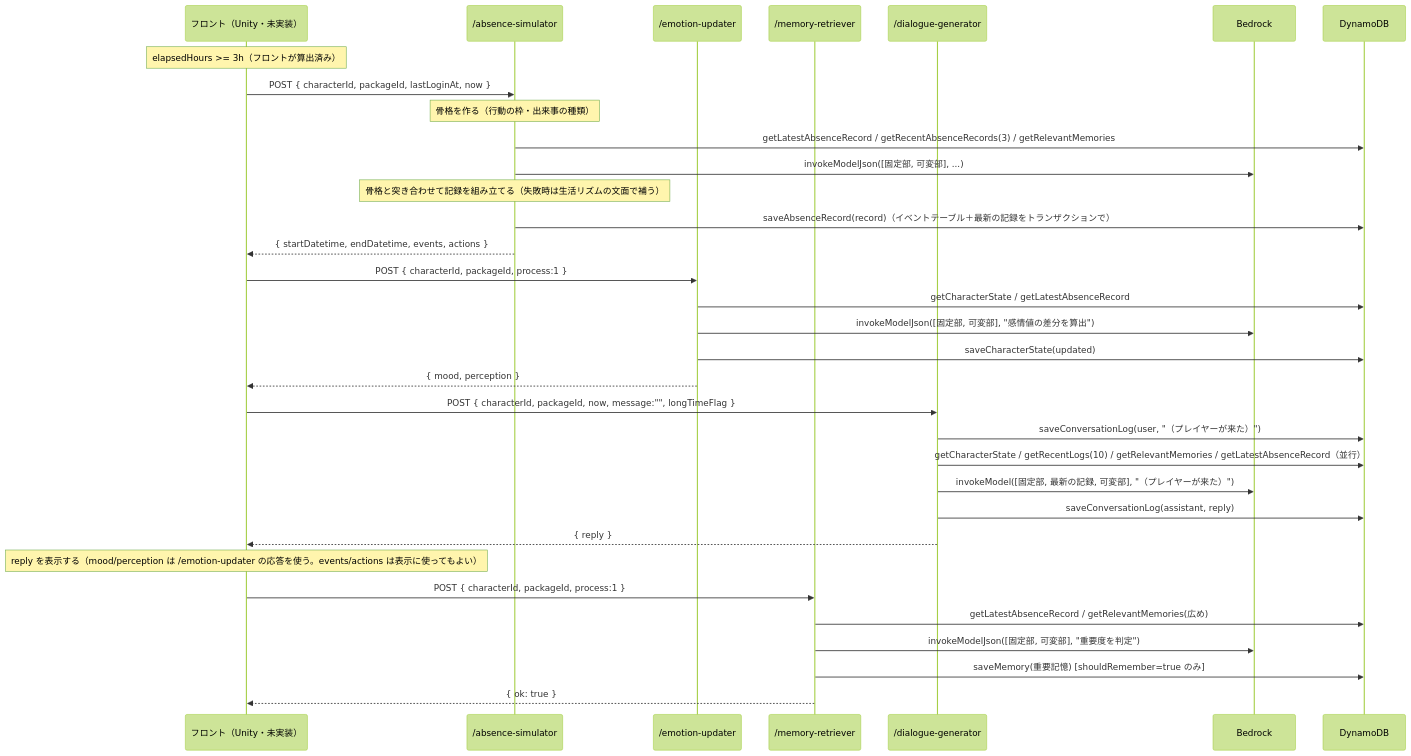
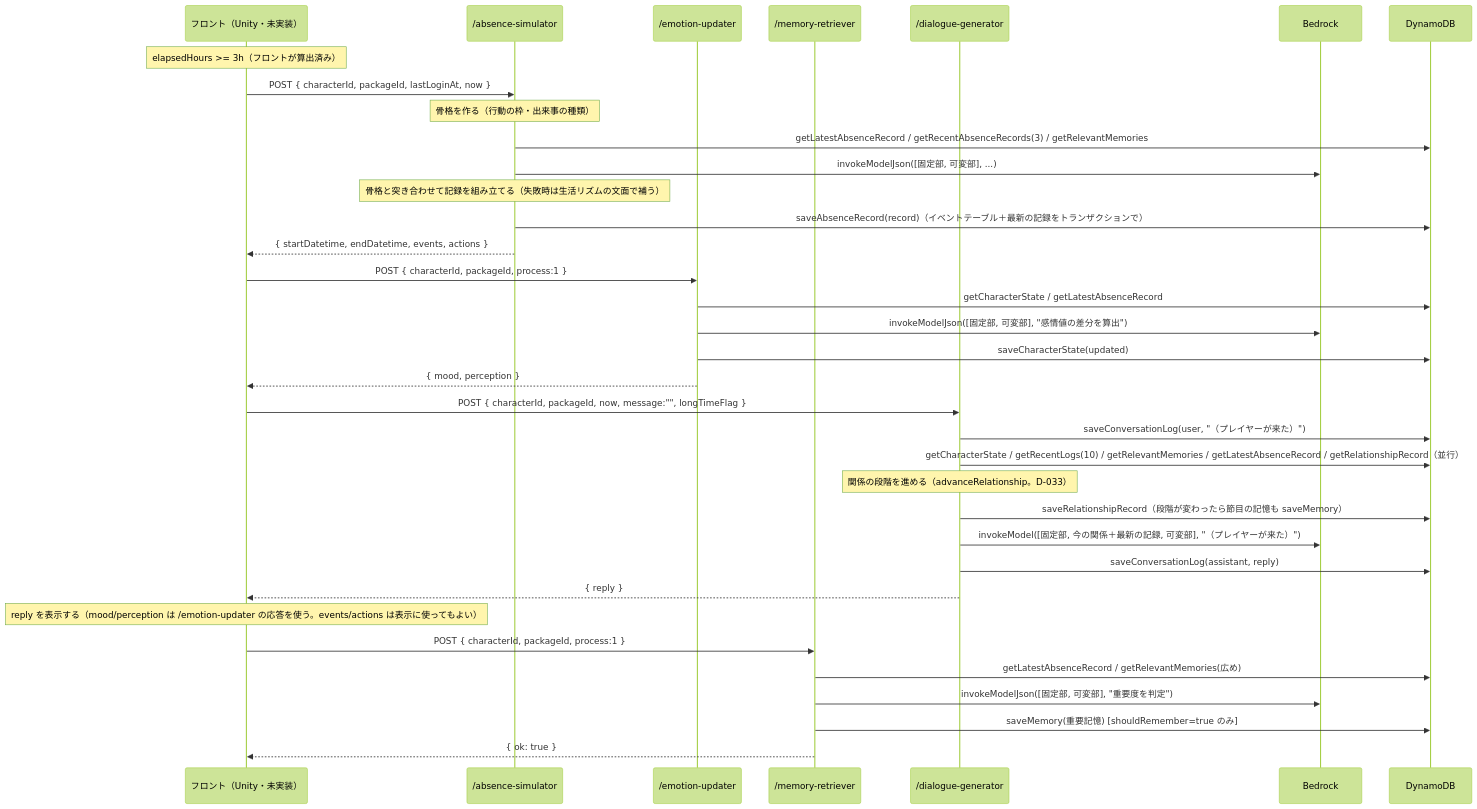
The fifth of 10 diagrams in README.md (yatohana1231-ux/vtuber-simulator-api), drawn with Mermaid (forest theme) before and after one commit. The commit also changed other lines of this file and 49 other files, not shown here.

````diff
--- a/README.md
+++ b/README.md
@@ -280,41 +280,43 @@
 ```mermaid
 sequenceDiagram
     participant Front as フロント（Unity・未実装）
     participant AS as /absence-simulator
     participant EU as /emotion-updater
     participant MR as /memory-retriever
     participant DG as /dialogue-generator
     participant BK as Bedrock
     participant DB as DynamoDB
 
     Note over Front: elapsedHours >= 3h（フロントが算出済み）
 
     Front->>AS: POST { characterId, packageId, lastLoginAt, now }
     Note over AS: 骨格を作る（行動の枠・出来事の種類）
     AS->>DB: getLatestAbsenceRecord / getRecentAbsenceRecords(3) / getRelevantMemories
     AS->>BK: invokeModelJson([固定部, 可変部], ...)
     Note over AS: 骨格と突き合わせて記録を組み立てる（失敗時は生活リズムの文面で補う）
     AS->>DB: saveAbsenceRecord(record)（イベントテーブル＋最新の記録をトランザクションで）
     AS-->>Front: { startDatetime, endDatetime, events, actions }
 
     Front->>EU: POST { characterId, packageId, process:1 }
     EU->>DB: getCharacterState / getLatestAbsenceRecord
     EU->>BK: invokeModelJson([固定部, 可変部], "感情値の差分を算出")
     EU->>DB: saveCharacterState(updated)
     EU-->>Front: { mood, perception }
 
     Front->>DG: POST { characterId, packageId, now, message:"", longTimeFlag }
     DG->>DB: saveConversationLog(user, "（プレイヤーが来た）")
-    DG->>DB: getCharacterState / getRecentLogs(10) / getRelevantMemories / getLatestAbsenceRecord（並行）
-    DG->>BK: invokeModel([固定部, 最新の記録, 可変部], "（プレイヤーが来た）")
+    DG->>DB: getCharacterState / getRecentLogs(10) / getRelevantMemories / getLatestAbsenceRecord / getRelationshipRecord（並行）
+    Note over DG: 関係の段階を進める（advanceRelationship。D-033）
+    DG->>DB: saveRelationshipRecord（段階が変わったら節目の記憶も saveMemory）
+    DG->>BK: invokeModel([固定部, 今の関係＋最新の記録, 可変部], "（プレイヤーが来た）")
     DG->>DB: saveConversationLog(assistant, reply)
     DG-->>Front: { reply }
 
     Note over Front: reply を表示する（mood/perception は /emotion-updater の応答を使う。events/actions は表示に使ってもよい）
 
     Front->>MR: POST { characterId, packageId, process:1 }
     MR->>DB: getLatestAbsenceRecord / getRelevantMemories(広め)
     MR->>BK: invokeModelJson([固定部, 可変部], "重要度を判定")
     MR->>DB: saveMemory(重要記憶) [shouldRemember=true のみ]
     MR-->>Front: { ok: true }
 ```
````
